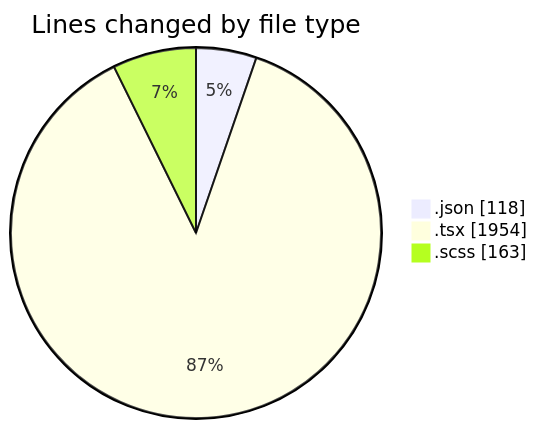
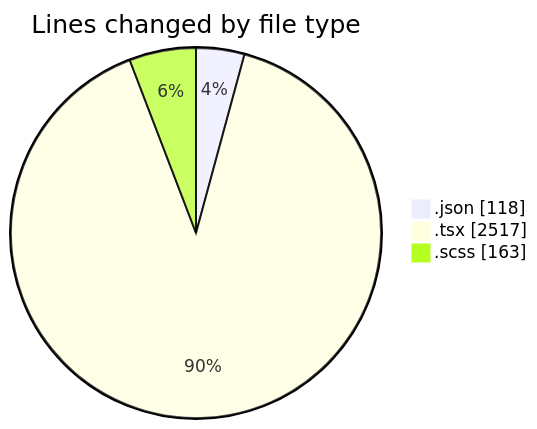
Before and after one commit to momahboobian/code-tracking: the first of 2 diagrams in 2025-11-19/cda/README.md, drawn with Mermaid. The commit also changed other lines of this file and 1 other file, not shown here.

````diff
--- a/2025-11-19/cda/README.md
+++ b/2025-11-19/cda/README.md
@@ -23,7 +24,7 @@
 ```mermaid
 pie showData
 title Lines changed by file type
 ".json" : 118
-".tsx" : 1954
+".tsx" : 2517
 ".scss" : 163
 ```
````
